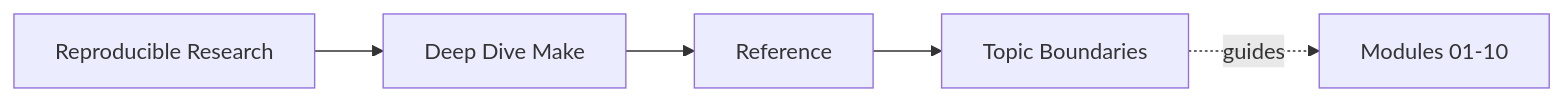
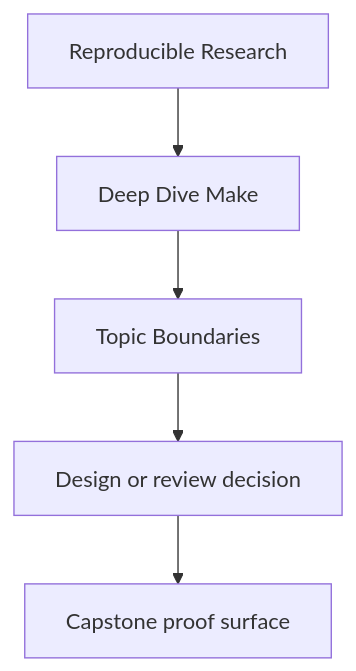
The first of 2 diagrams in programs/reproducible-research/deep-dive-make/course-book/reference/topic-boundaries.md (bijux/bijux-masterclass), drawn with Mermaid before and after one commit. The commit also changed other lines of this file and 29 other files, not shown here.

Commit message:
docs(deep-dive-make): sharpen guide and reference diagrams

````diff
--- a/programs/reproducible-research/deep-dive-make/course-book/reference/topic-boundaries.md
+++ b/programs/reproducible-research/deep-dive-make/course-book/reference/topic-boundaries.md
@@ -9,11 +9,7 @@
 ```mermaid
-graph LR
-  family["Reproducible Research"]
-  program["Deep Dive Make"]
-  section["Reference"]
-  page["Topic Boundaries"]
-  modules["Modules 01-10"]
-
-  family --> program --> section --> page
-  page -.guides.-> modules
+flowchart TD
+  family["Reproducible Research"] --> program["Deep Dive Make"]
+  program --> reference["Topic Boundaries"]
+  reference --> review["Design or review decision"]
+  review --> capstone["Capstone proof surface"]
 ```
````
